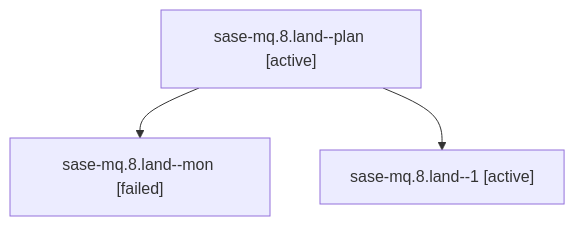
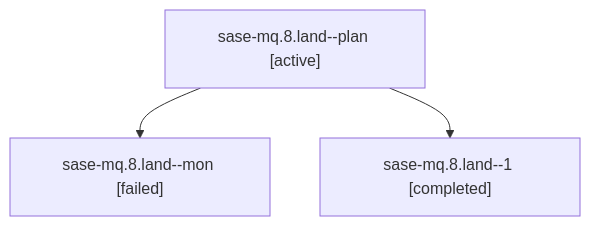
Before and after one commit to sase-org/sase--agents: the diagram in families/bbugyi200.athena.sase-mq.8.land.md, drawn with Mermaid. The commit also changed other lines of this file and 35830 other files, not shown here.

````diff
--- a/families/bbugyi200.athena.sase-mq.8.land.md
+++ b/families/bbugyi200.athena.sase-mq.8.land.md
@@ -9,8 +9,8 @@
 ```mermaid
 flowchart TD
   n0["sase-mq.8.land--plan [active]"]
   n1["sase-mq.8.land--mon [failed]"]
   n0 --> n1
-  n2["sase-mq.8.land--1 [active]"]
+  n2["sase-mq.8.land--1 [completed]"]
   n0 --> n2
 ```
````
